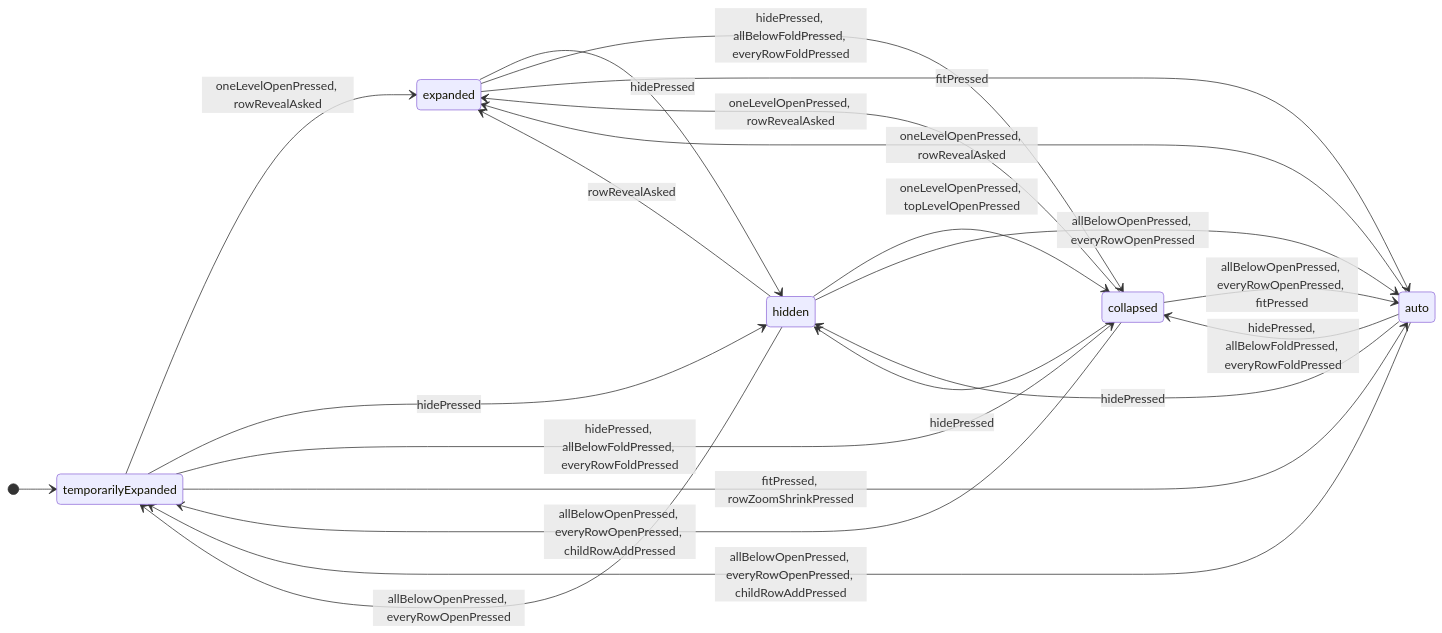
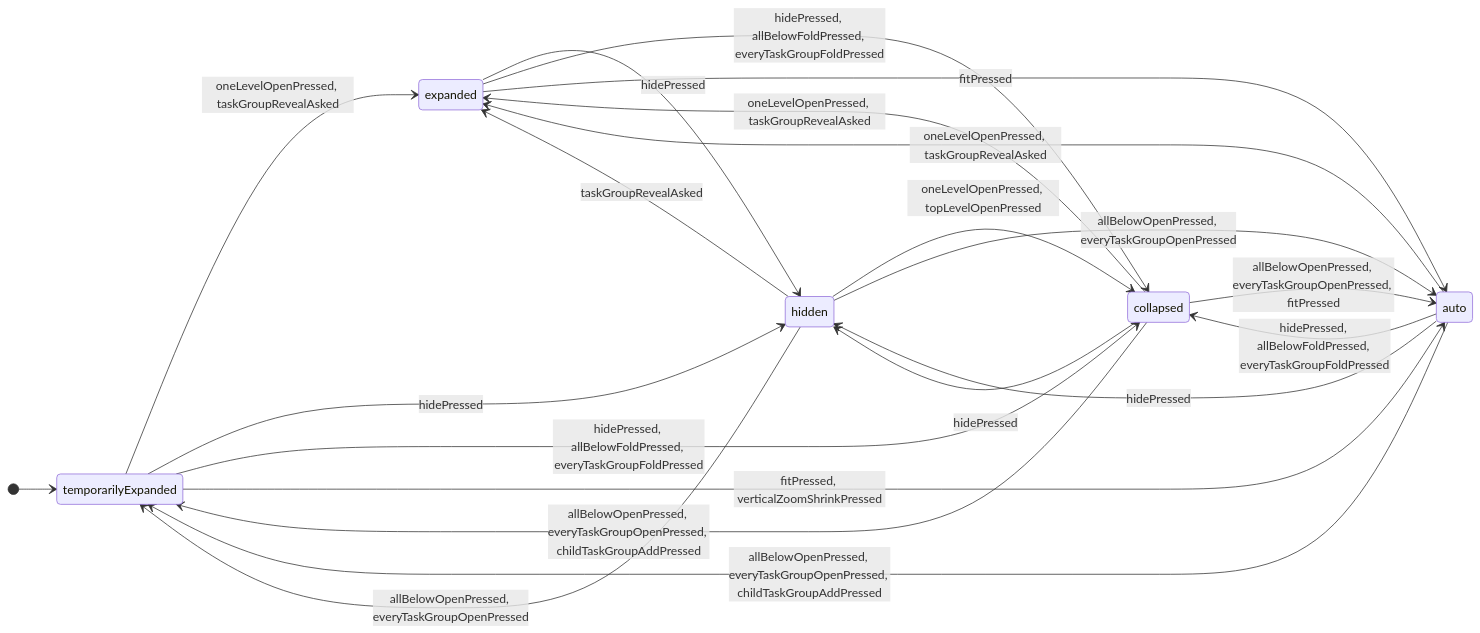
One commit to GoodRelax/gr-scheduler changed diagram 27 of 27 in docs/spec/_assets/tbl-state-machines.md. Above: the diagram before and after it, drawn with Mermaid. The commit also changed other lines of this file and 25 other files, not shown here.

````diff
--- a/docs/spec/_assets/tbl-state-machines.md
+++ b/docs/spec/_assets/tbl-state-machines.md
@@ -1247,29 +1247,29 @@
 ```mermaid
 stateDiagram-v2
     direction LR
     [*] --> treeStateMachine_temporarilyExpanded
     treeStateMachine_auto : auto
     treeStateMachine_collapsed : collapsed
     treeStateMachine_expanded : expanded
     treeStateMachine_temporarilyExpanded : temporarilyExpanded
     treeStateMachine_hidden : hidden
-    treeStateMachine_auto --> treeStateMachine_expanded : oneLevelOpenPressed, rowRevealAsked
-    treeStateMachine_collapsed --> treeStateMachine_expanded : oneLevelOpenPressed, rowRevealAsked
-    treeStateMachine_temporarilyExpanded --> treeStateMachine_expanded : oneLevelOpenPressed, rowRevealAsked
+    treeStateMachine_auto --> treeStateMachine_expanded : oneLevelOpenPressed, taskGroupRevealAsked
+    treeStateMachine_collapsed --> treeStateMachine_expanded : oneLevelOpenPressed, taskGroupRevealAsked
+    treeStateMachine_temporarilyExpanded --> treeStateMachine_expanded : oneLevelOpenPressed, taskGroupRevealAsked
     treeStateMachine_hidden --> treeStateMachine_collapsed : oneLevelOpenPressed, topLevelOpenPressed
-    treeStateMachine_auto --> treeStateMachine_temporarilyExpanded : allBelowOpenPressed, everyRowOpenPressed, childRowAddPressed
-    treeStateMachine_collapsed --> treeStateMachine_temporarilyExpanded : allBelowOpenPressed, everyRowOpenPressed, childRowAddPressed
-    treeStateMachine_collapsed --> treeStateMachine_auto : allBelowOpenPressed, everyRowOpenPressed, fitPressed
-    treeStateMachine_hidden --> treeStateMachine_temporarilyExpanded : allBelowOpenPressed, everyRowOpenPressed
-    treeStateMachine_hidden --> treeStateMachine_auto : allBelowOpenPressed, everyRowOpenPressed
+    treeStateMachine_auto --> treeStateMachine_temporarilyExpanded : allBelowOpenPressed, everyTaskGroupOpenPressed, childTaskGroupAddPressed
+    treeStateMachine_collapsed --> treeStateMachine_temporarilyExpanded : allBelowOpenPressed, everyTaskGroupOpenPressed, childTaskGroupAddPressed
+    treeStateMachine_collapsed --> treeStateMachine_auto : allBelowOpenPressed, everyTaskGroupOpenPressed, fitPressed
+    treeStateMachine_hidden --> treeStateMachine_temporarilyExpanded : allBelowOpenPressed, everyTaskGroupOpenPressed
+    treeStateMachine_hidden --> treeStateMachine_auto : allBelowOpenPressed, everyTaskGroupOpenPressed
     treeStateMachine_auto --> treeStateMachine_hidden : hidePressed
-    treeStateMachine_auto --> treeStateMachine_collapsed : hidePressed, allBelowFoldPressed, everyRowFoldPressed
+    treeStateMachine_auto --> treeStateMachine_collapsed : hidePressed, allBelowFoldPressed, everyTaskGroupFoldPressed
     treeStateMachine_collapsed --> treeStateMachine_hidden : hidePressed
     treeStateMachine_expanded --> treeStateMachine_hidden : hidePressed
-    treeStateMachine_expanded --> treeStateMachine_collapsed : hidePressed, allBelowFoldPressed, everyRowFoldPressed
+    treeStateMachine_expanded --> treeStateMachine_collapsed : hidePressed, allBelowFoldPressed, everyTaskGroupFoldPressed
     treeStateMachine_temporarilyExpanded --> treeStateMachine_hidden : hidePressed
-    treeStateMachine_temporarilyExpanded --> treeStateMachine_collapsed : hidePressed, allBelowFoldPressed, everyRowFoldPressed
+    treeStateMachine_temporarilyExpanded --> treeStateMachine_collapsed : hidePressed, allBelowFoldPressed, everyTaskGroupFoldPressed
     treeStateMachine_expanded --> treeStateMachine_auto : fitPressed
-    treeStateMachine_temporarilyExpanded --> treeStateMachine_auto : fitPressed, rowZoomShrinkPressed
-    treeStateMachine_hidden --> treeStateMachine_expanded : rowRevealAsked
+    treeStateMachine_temporarilyExpanded --> treeStateMachine_auto : fitPressed, verticalZoomShrinkPressed
+    treeStateMachine_hidden --> treeStateMachine_expanded : taskGroupRevealAsked
 ```
````
